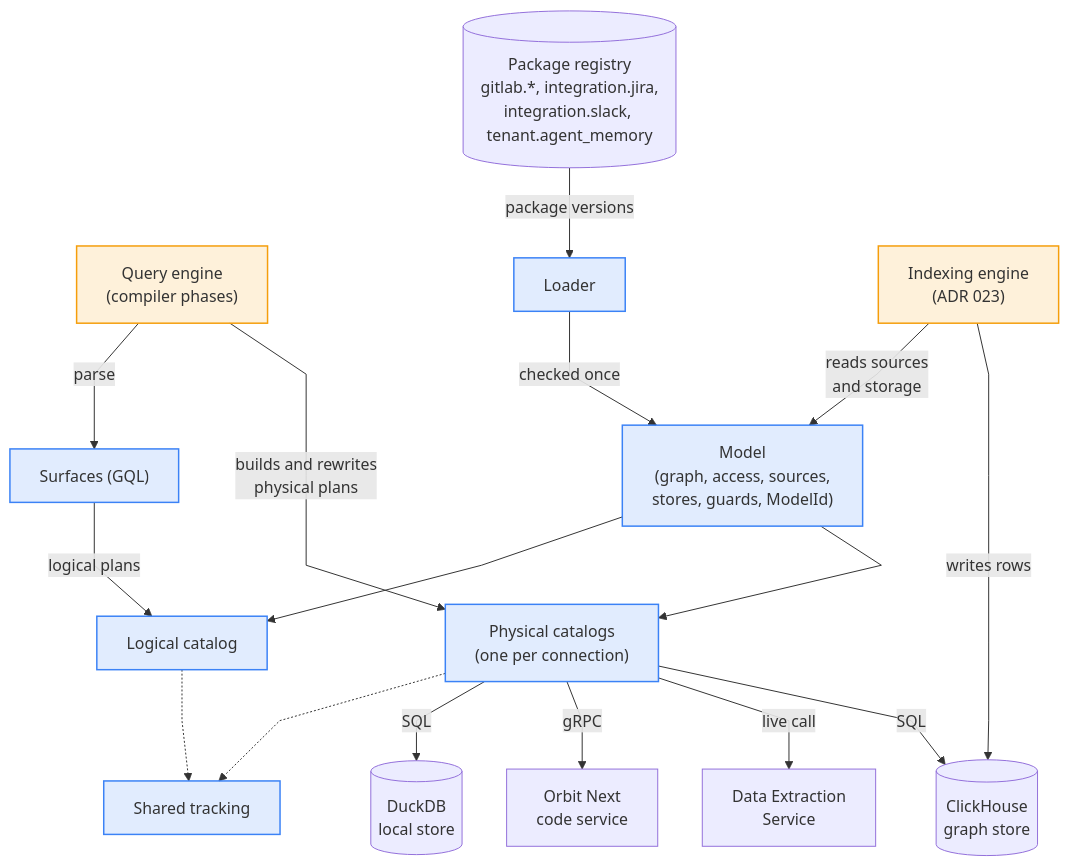
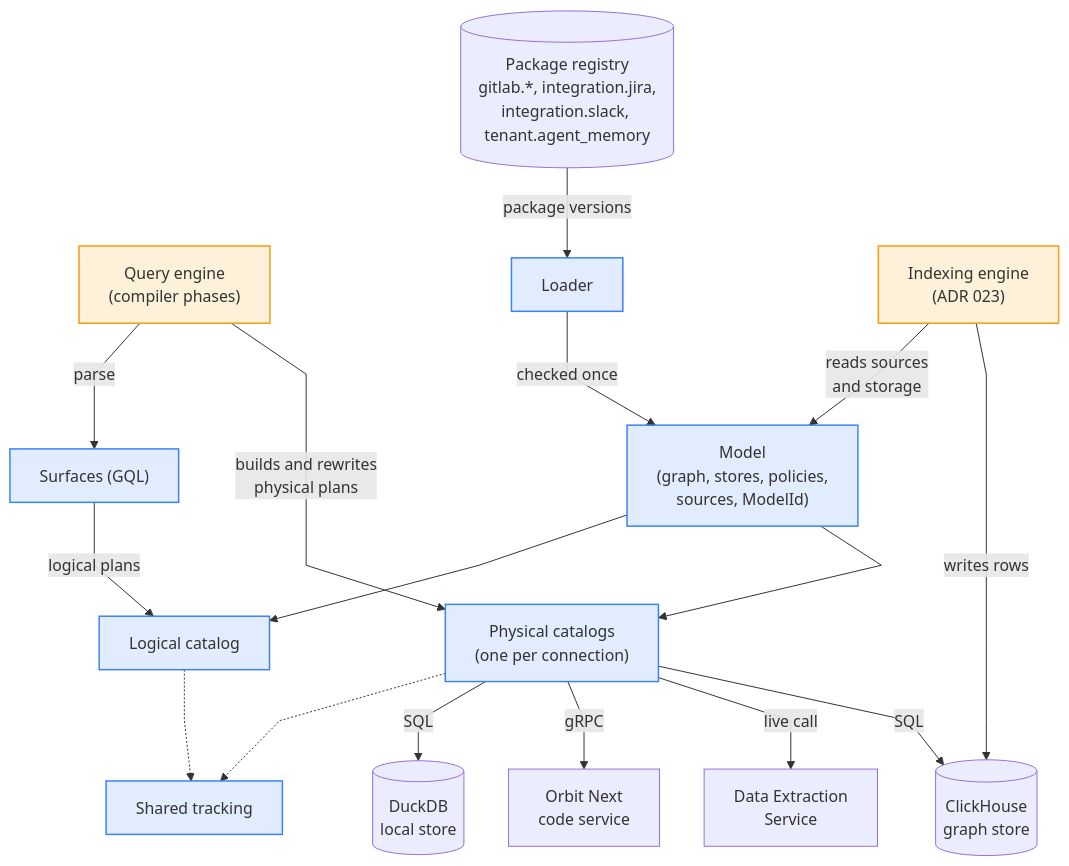
Before and after one commit to gitlabhq/orbit-knowledge-graph: the first of 7 diagrams in docs/pages/engineering/adr/024_pluggable_data_model.md, drawn with Mermaid. The commit also changed other lines of this file, not shown here.

Commit message:
docs(adr): move layers, tiers, policies and backends into tables and cut prose

````diff
--- a/docs/pages/engineering/adr/024_pluggable_data_model.md
+++ b/docs/pages/engineering/adr/024_pluggable_data_model.md
@@ -65,40 +65,40 @@
 ```mermaid
 %%{init: {"flowchart": {"curve": "linear", "nodeSpacing": 45, "rankSpacing": 55}}}%%
 flowchart TB
     accTitle: The data model in one picture
     accDescr: The package registry feeds the loader, which checks packages once into the model. The model exposes a logical catalog and one physical catalog per connection, both built on shared tracking. The query engine parses through the surfaces and builds and rewrites physical plans through the catalogs, which send SQL, gRPC or live calls to the backends. The indexing engine reads sources and storage from the model and writes rows to ClickHouse.
     REG[("Package registry<br/>gitlab.*, integration.jira,<br/>integration.slack, tenant.agent_memory")]
     E["Query engine<br/>(compiler phases)"]
     L["Loader"]
     IX["Indexing engine<br/>(ADR 023)"]
     S["Surfaces (GQL)"]
-    M["Model<br/>(graph, access, sources,<br/>stores, guards, ModelId)"]
+    M["Model<br/>(graph, stores, policies,<br/>sources, ModelId)"]
     LC["Logical catalog"]
     PC["Physical catalogs<br/>(one per connection)"]
     T["Shared tracking"]
     DD[("DuckDB<br/>local store")]
     ON["Orbit Next<br/>code service"]
     DES["Data Extraction<br/>Service"]
     CH[("ClickHouse<br/>graph store")]
 
     REG -->|package versions| L
     L -->|checked once| M
     E -->|parse| S
     S -->|logical plans| LC
     M --> LC
     M --> PC
     E -->|builds and rewrites<br/>physical plans| PC
     IX -->|reads sources<br/>and storage| M
     LC -.-> T
     PC -.-> T
     PC -->|SQL| DD
     PC -->|gRPC| ON
     PC -->|live call| DES
     PC -->|SQL| CH
     IX -->|writes rows| CH
 
     classDef qdm fill:#3B82F626,stroke:#3B82F6,stroke-width:1.5px
     classDef engine fill:#F59E0B26,stroke:#F59E0B,stroke-width:1.5px
     class L,M,S,LC,PC,T qdm
     class E,IX engine
 ```
````
